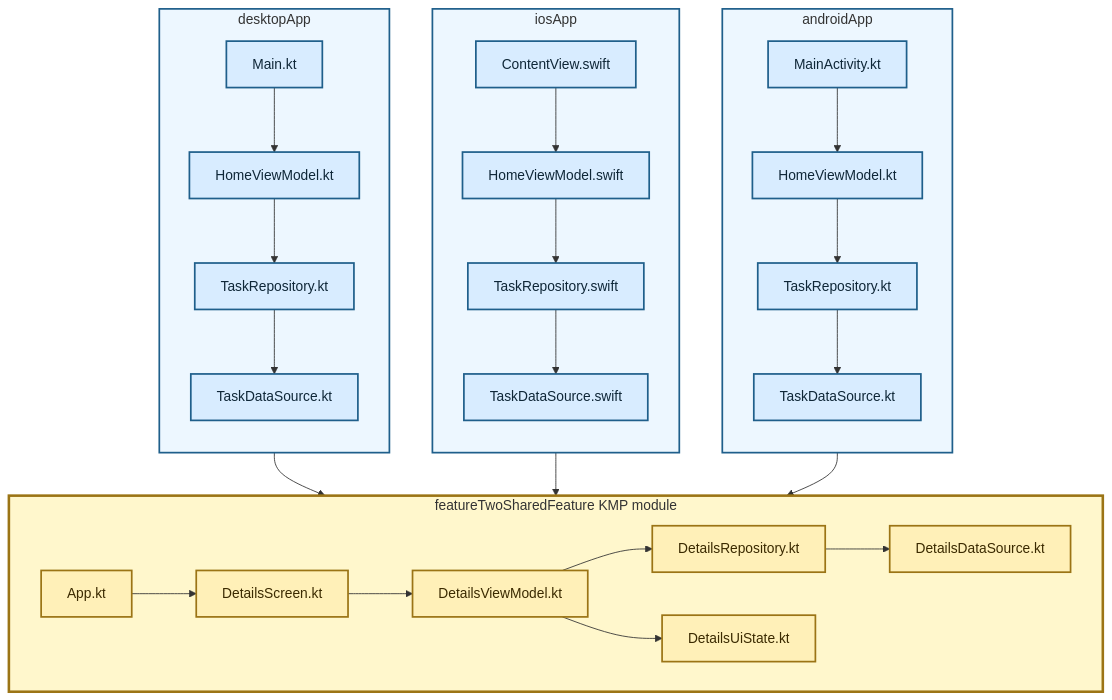
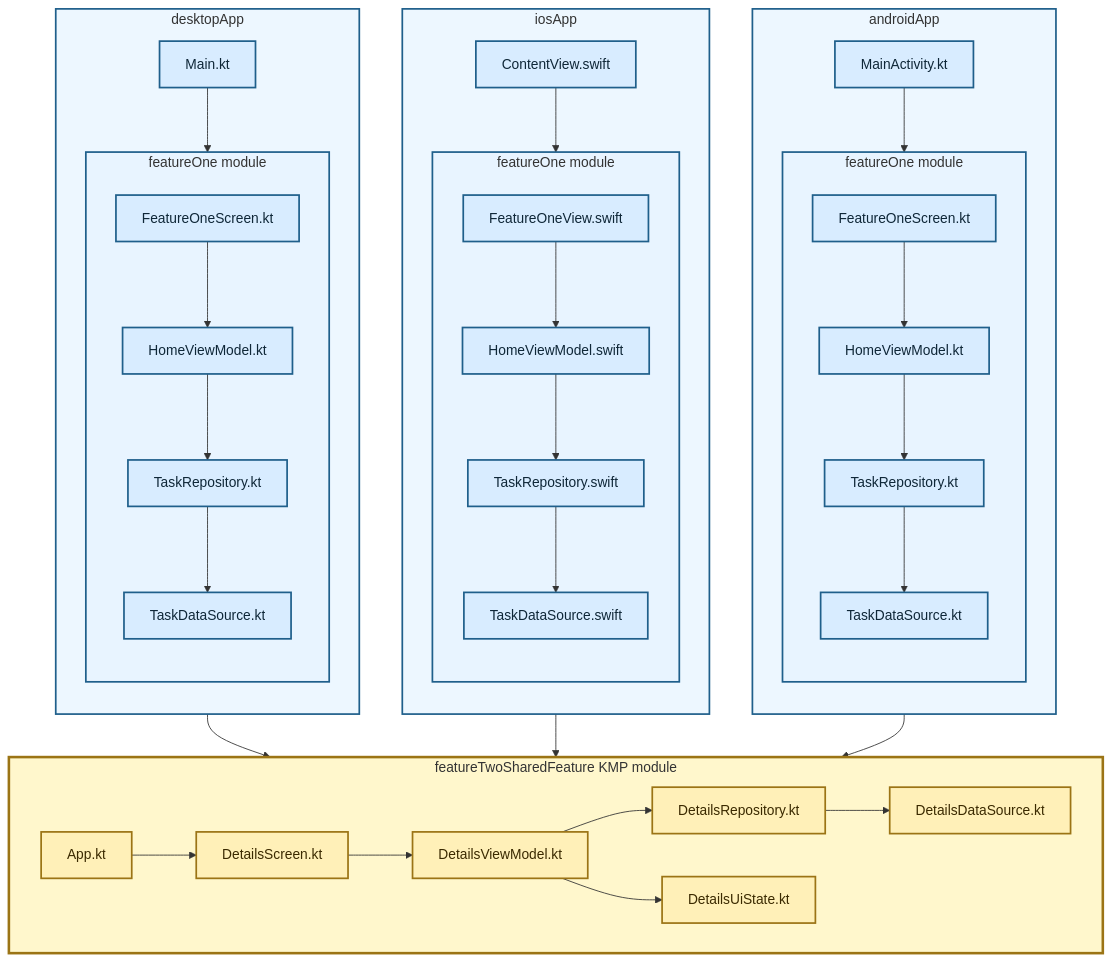
One commit to TheSetox/kmp-sample-diagrams changed the diagram in diagrams/14-modular-kmp-shared-feature.md. Above: the diagram before and after it, drawn with Mermaid. The commit also changed 126 other files, not shown here.

Commit message:
sample: separate modular feature one slices

````diff
--- a/diagrams/14-modular-kmp-shared-feature.md
+++ b/diagrams/14-modular-kmp-shared-feature.md
@@ -5,54 +5,72 @@
 ```mermaid
 flowchart TB
   subgraph Android["androidApp"]
     direction TB
     AEntry["MainActivity.kt"]
-    AHomeVM["HomeViewModel.kt"]
-    ATaskRepository["TaskRepository.kt"]
-    ATaskDataSource["TaskDataSource.kt"]
-    AEntry --> AHomeVM --> ATaskRepository --> ATaskDataSource
+    subgraph AFeatureOne["featureOne module"]
+      direction TB
+      AHomeUI["FeatureOneScreen.kt"]
+      AHomeVM["HomeViewModel.kt"]
+      ATaskRepository["TaskRepository.kt"]
+      ATaskDataSource["TaskDataSource.kt"]
+      AHomeUI --> AHomeVM --> ATaskRepository --> ATaskDataSource
+    end
+    AEntry --> AHomeUI
   end
 
   subgraph IOS["iosApp"]
     direction TB
     IEntry["ContentView.swift"]
-    IHomeVM["HomeViewModel.swift"]
-    ITaskRepository["TaskRepository.swift"]
-    ITaskDataSource["TaskDataSource.swift"]
-    IEntry --> IHomeVM --> ITaskRepository --> ITaskDataSource
+    subgraph IFeatureOne["featureOne module"]
+      direction TB
+      IHomeUI["FeatureOneView.swift"]
+      IHomeVM["HomeViewModel.swift"]
+      ITaskRepository["TaskRepository.swift"]
+      ITaskDataSource["TaskDataSource.swift"]
+      IHomeUI --> IHomeVM --> ITaskRepository --> ITaskDataSource
+    end
+    IEntry --> IHomeUI
   end
 
   subgraph Desktop["desktopApp"]
     direction TB
     DEntry["Main.kt"]
-    DHomeVM["HomeViewModel.kt"]
-    DTaskRepository["TaskRepository.kt"]
-    DTaskDataSource["TaskDataSource.kt"]
-    DEntry --> DHomeVM --> DTaskRepository --> DTaskDataSource
+    subgraph DFeatureOne["featureOne module"]
+      direction TB
+      DHomeUI["FeatureOneScreen.kt"]
+      DHomeVM["HomeViewModel.kt"]
+      DTaskRepository["TaskRepository.kt"]
+      DTaskDataSource["TaskDataSource.kt"]
+      DHomeUI --> DHomeVM --> DTaskRepository --> DTaskDataSource
+    end
+    DEntry --> DHomeUI
   end
 
   subgraph KMP["featureTwoSharedFeature KMP module"]
     direction LR
     App["App.kt"]
     Screen["DetailsScreen.kt"]
     State["DetailsUiState.kt"]
     VM["DetailsViewModel.kt"]
     Repository["DetailsRepository.kt"]
     DataSource["DetailsDataSource.kt"]
     App --> Screen --> VM --> Repository --> DataSource
     VM --> State
   end
 
   AEntry --> App
   IEntry --> App
   DEntry --> App
 
   classDef app fill:#d8ecff,stroke:#1f5f8b,color:#0f2738,stroke-width:2px;
   classDef kmp fill:#fff0b8,stroke:#9b7415,color:#3b2a00,stroke-width:2px;
-  class AEntry,AHomeVM,ATaskRepository,ATaskDataSource,IEntry,IHomeVM,ITaskRepository,ITaskDataSource,DEntry,DHomeVM,DTaskRepository,DTaskDataSource app;
+  class AEntry,AHomeUI,AHomeVM,ATaskRepository,ATaskDataSource,IEntry,IHomeUI,IHomeVM,ITaskRepository,ITaskDataSource,DEntry,DHomeUI,DHomeVM,DTaskRepository,DTaskDataSource app;
   class App,Screen,State,VM,Repository,DataSource kmp;
   style Android fill:#edf7ff,stroke:#1f5f8b,stroke-width:2px
   style IOS fill:#edf7ff,stroke:#1f5f8b,stroke-width:2px
   style Desktop fill:#edf7ff,stroke:#1f5f8b,stroke-width:2px
+  style AFeatureOne fill:#e8f4ff,stroke:#1f5f8b,stroke-width:2px
+  style IFeatureOne fill:#e8f4ff,stroke:#1f5f8b,stroke-width:2px
+  style DFeatureOne fill:#e8f4ff,stroke:#1f5f8b,stroke-width:2px
   style KMP fill:#fff7cc,stroke:#9b7415,stroke-width:3px
 ```
````
